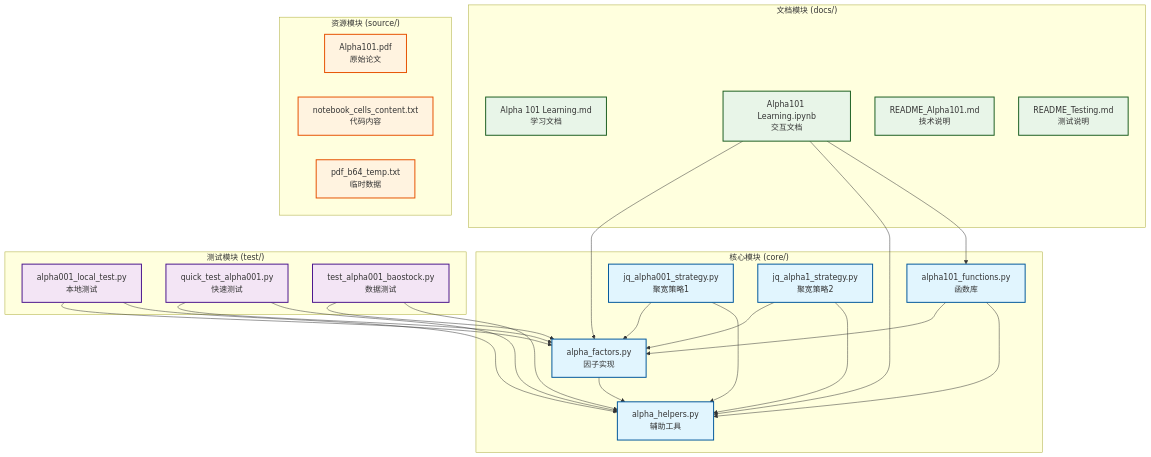
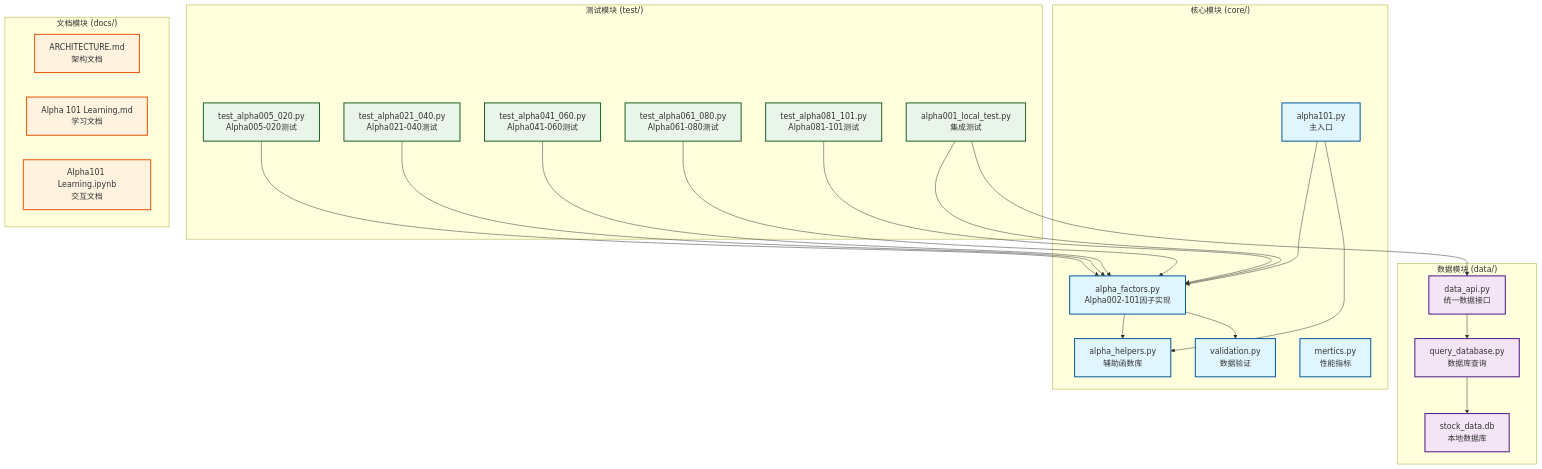
One commit to YutaoWang03/Quant---Alpha101 changed the third of 6 diagrams in README.md. Above: the diagram before and after it, drawn with Mermaid. The commit also changed other lines of this file and 14 other files, not shown here.

````diff
--- a/README.md
+++ b/README.md
@@ -164,60 +223,59 @@
 ```mermaid
 graph TD
     subgraph "核心模块 (core/)"
-        A[alpha_factors.py<br/>因子实现]
-        B[alpha_helpers.py<br/>辅助工具]
-        C[alpha101_functions.py<br/>函数库]
-        D[jq_alpha001_strategy.py<br/>聚宽策略1]
-        E[jq_alpha1_strategy.py<br/>聚宽策略2]
+        A[alpha_factors.py<br/>Alpha002-101因子实现]
+        B[alpha_helpers.py<br/>辅助函数库]
+        C[validation.py<br/>数据验证]
+        D[alpha101.py<br/>主入口]
+        E[mertics.py<br/>性能指标]
+    end
+    
+    subgraph "数据模块 (data/)"
+        F[data_api.py<br/>统一数据接口]
+        G[query_database.py<br/>数据库查询]
+        H[stock_data.db<br/>本地数据库]
     end
     
     subgraph "测试模块 (test/)"
-        F[alpha001_local_test.py<br/>本地测试]
-        G[quick_test_alpha001.py<br/>快速测试]
-        H[test_alpha001_baostock.py<br/>数据测试]
+        I[test_alpha005_020.py<br/>Alpha005-020测试]
+        J[test_alpha021_040.py<br/>Alpha021-040测试]
+        K[test_alpha041_060.py<br/>Alpha041-060测试]
+        L[test_alpha061_080.py<br/>Alpha061-080测试]
+        M[test_alpha081_101.py<br/>Alpha081-101测试]
+        N[alpha001_local_test.py<br/>集成测试]
     end
     
     subgraph "文档模块 (docs/)"
-        I[Alpha 101 Learning.md<br/>学习文档]
-        J[Alpha101 Learning.ipynb<br/>交互文档]
-        K[README_Alpha101.md<br/>技术说明]
-        L[README_Testing.md<br/>测试说明]
-    end
-    
-    subgraph "资源模块 (source/)"
-        M[Alpha101.pdf<br/>原始论文]
-        N[notebook_cells_content.txt<br/>代码内容]
-        O[pdf_b64_temp.txt<br/>临时数据]
+        O[ARCHITECTURE.md<br/>架构文档]
+        P[Alpha 101 Learning.md<br/>学习文档]
+        Q[Alpha101 Learning.ipynb<br/>交互文档]
     end
     
     %% 依赖关系
     A --> B
-    C --> A
-    C --> B
+    A --> C
     D --> A
     D --> B
-    E --> A
-    E --> B
     
-    F --> A
-    F --> B
-    G --> A
-    G --> B
-    H --> A
-    H --> B
+    F --> G
+    G --> H
     
+    I --> A
     J --> A
-    J --> B
-    J --> C
+    K --> A
+    L --> A
+    M --> A
+    N --> A
+    N --> F
     
     %% 样式
     classDef coreClass fill:#e1f5fe,stroke:#01579b,stroke-width:2px
-    classDef testClass fill:#f3e5f5,stroke:#4a148c,stroke-width:2px
-    classDef docsClass fill:#e8f5e8,stroke:#1b5e20,stroke-width:2px
-    classDef sourceClass fill:#fff3e0,stroke:#e65100,stroke-width:2px
+    classDef dataClass fill:#f3e5f5,stroke:#4a148c,stroke-width:2px
+    classDef testClass fill:#e8f5e8,stroke:#1b5e20,stroke-width:2px
+    classDef docsClass fill:#fff3e0,stroke:#e65100,stroke-width:2px
     
     class A,B,C,D,E coreClass
-    class F,G,H testClass
-    class I,J,K,L docsClass
-    class M,N,O sourceClass
+    class F,G,H dataClass
+    class I,J,K,L,M,N testClass
+    class O,P,Q docsClass
 ```
````
